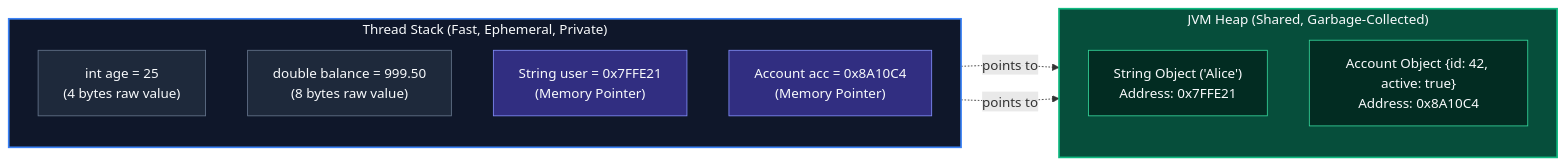
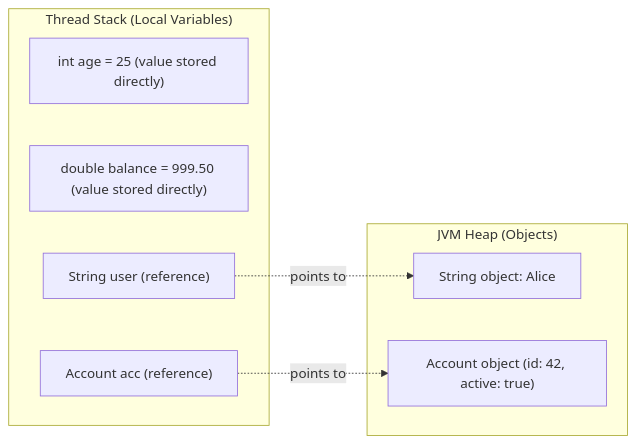
Before and after one commit to ravishankar2463/java_hub: the first of 3 diagrams in content/roadmap/level-0/variables-and-data-types.md, drawn with Mermaid. The commit also changed other lines of this file and 119 other files, not shown here.

Commit message:
feat: add comprehensive java learning roadmap content across multiple levels

````diff
--- a/content/roadmap/level-0/variables-and-data-types.md
+++ b/content/roadmap/level-0/variables-and-data-types.md
@@ -31,28 +25,17 @@
 ```mermaid
 flowchart LR
-    subgraph StackSpace ["Thread Stack (Fast, Ephemeral, Private)"]
-        direction TB
-        S1["int age = 25<br/>(4 bytes raw value)"]
-        S2["double balance = 999.50<br/>(8 bytes raw value)"]
-        S3["String user = 0x7FFE21<br/>(Memory Pointer)"]
-        S4["Account acc = 0x8A10C4<br/>(Memory Pointer)"]
+    subgraph Stack["Thread Stack (Local Variables)"]
+        S1["int age = 25 (value stored directly)"]
+        S2["double balance = 999.50 (value stored directly)"]
+        S3["String user (reference)"]
+        S4["Account acc (reference)"]
     end
 
-    subgraph HeapSpace ["JVM Heap (Shared, Garbage-Collected)"]
-        direction TB
-        H1["String Object ('Alice')<br/>Address: 0x7FFE21"]
-        H2["Account Object {id: 42, active: true}<br/>Address: 0x8A10C4"]
+    subgraph Heap["JVM Heap (Objects)"]
+        H1["String object: Alice"]
+        H2["Account object (id: 42, active: true)"]
     end
 
     S3 -.->|"points to"| H1
     S4 -.->|"points to"| H2
-
-    style StackSpace fill:#0f172a,stroke:#3b82f6,stroke-width:2px,color:#f8fafc
-    style HeapSpace fill:#064e3b,stroke:#10b981,stroke-width:2px,color:#f8fafc
-    style S1 fill:#1e293b,stroke:#64748b,color:#f8fafc
-    style S2 fill:#1e293b,stroke:#64748b,color:#f8fafc
-    style S3 fill:#312e81,stroke:#818cf8,color:#f8fafc
-    style S4 fill:#312e81,stroke:#818cf8,color:#f8fafc
-    style H1 fill:#022c22,stroke:#34d399,color:#f8fafc
-    style H2 fill:#022c22,stroke:#34d399,color:#f8fafc
 ```
````
